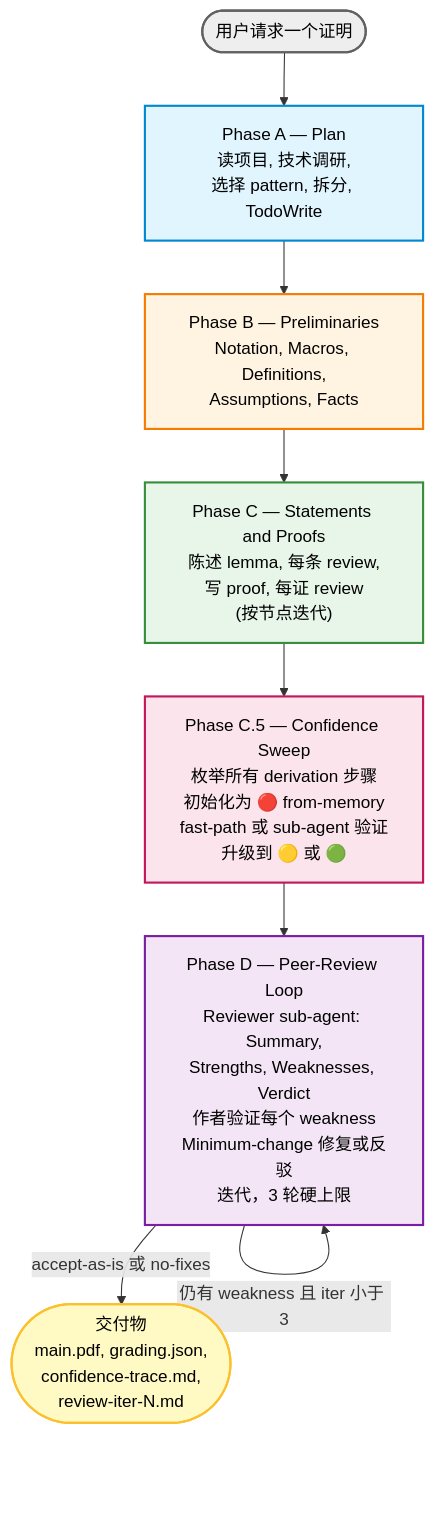
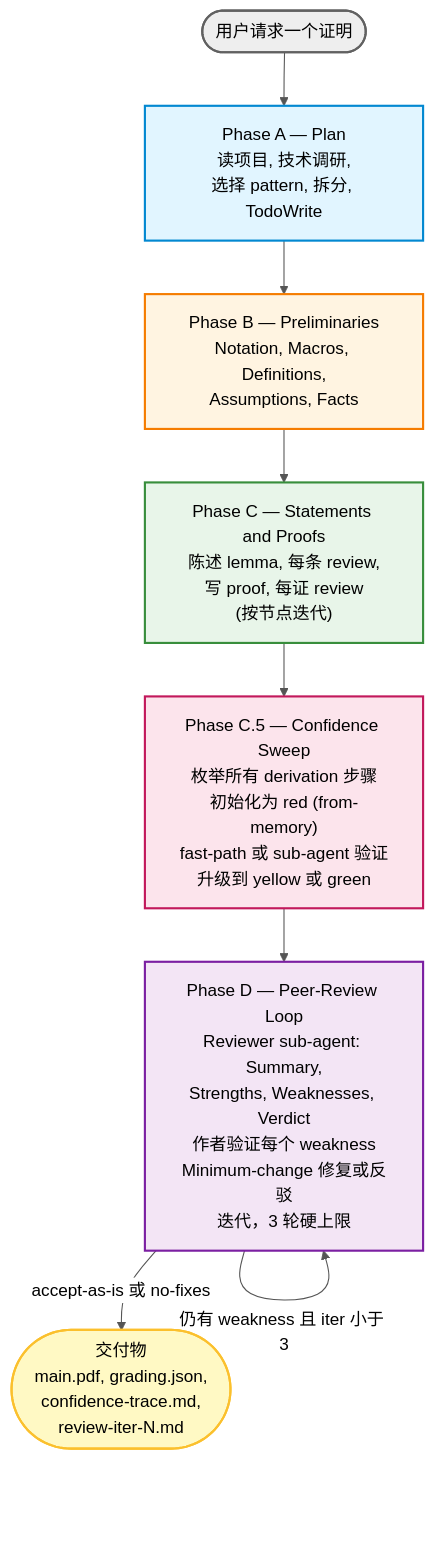
Before and after one commit to ChristianYang37/DLT-Proof-Writing-Skill: the first of 2 diagrams in README.zh.md, drawn with Mermaid. The commit also changed other lines of this file and 1 other file, not shown here.

````diff
--- a/README.zh.md
+++ b/README.zh.md
@@ -44,19 +44,20 @@
 ```mermaid
+%%{init: {'theme':'base', 'themeVariables': {'primaryTextColor':'#000','primaryColor':'#fff','lineColor':'#555','textColor':'#000','edgeLabelBackground':'#ffffff','tertiaryTextColor':'#000','clusterTextColor':'#000','nodeTextColor':'#000'}}}%%
 flowchart TD
     Start(["用户请求一个证明"]) --> A
     A["Phase A — Plan<br/>读项目, 技术调研,<br/>选择 pattern, 拆分, TodoWrite"] --> B
     B["Phase B — Preliminaries<br/>Notation, Macros, Definitions,<br/>Assumptions, Facts"] --> C
     C["Phase C — Statements and Proofs<br/>陈述 lemma, 每条 review,<br/>写 proof, 每证 review<br/>(按节点迭代)"] --> CC
-    CC["Phase C.5 — Confidence Sweep<br/>枚举所有 derivation 步骤<br/>初始化为 🔴 from-memory<br/>fast-path 或 sub-agent 验证<br/>升级到 🟡 或 🟢"] --> D
+    CC["Phase C.5 — Confidence Sweep<br/>枚举所有 derivation 步骤<br/>初始化为 red (from-memory)<br/>fast-path 或 sub-agent 验证<br/>升级到 yellow 或 green"] --> D
     D["Phase D — Peer-Review Loop<br/>Reviewer sub-agent: Summary,<br/>Strengths, Weaknesses, Verdict<br/>作者验证每个 weakness<br/>Minimum-change 修复或反驳<br/>迭代，3 轮硬上限"]
     D -->|"accept-as-is 或 no-fixes"| Out(["交付物<br/>main.pdf, grading.json,<br/>confidence-trace.md,<br/>review-iter-N.md"])
     D -->|"仍有 weakness 且 iter 小于 3"| D
 
     style A fill:#e1f5ff,stroke:#0288d1,stroke-width:2px,color:#000
     style B fill:#fff4e1,stroke:#f57c00,stroke-width:2px,color:#000
     style C fill:#e8f5e9,stroke:#388e3c,stroke-width:2px,color:#000
     style CC fill:#fce4ec,stroke:#c2185b,stroke-width:2px,color:#000
     style D fill:#f3e5f5,stroke:#7b1fa2,stroke-width:2px,color:#000
     style Out fill:#fff9c4,stroke:#fbc02d,stroke-width:2px,color:#000
     style Start fill:#eeeeee,stroke:#616161,stroke-width:2px,color:#000
 ```
````
